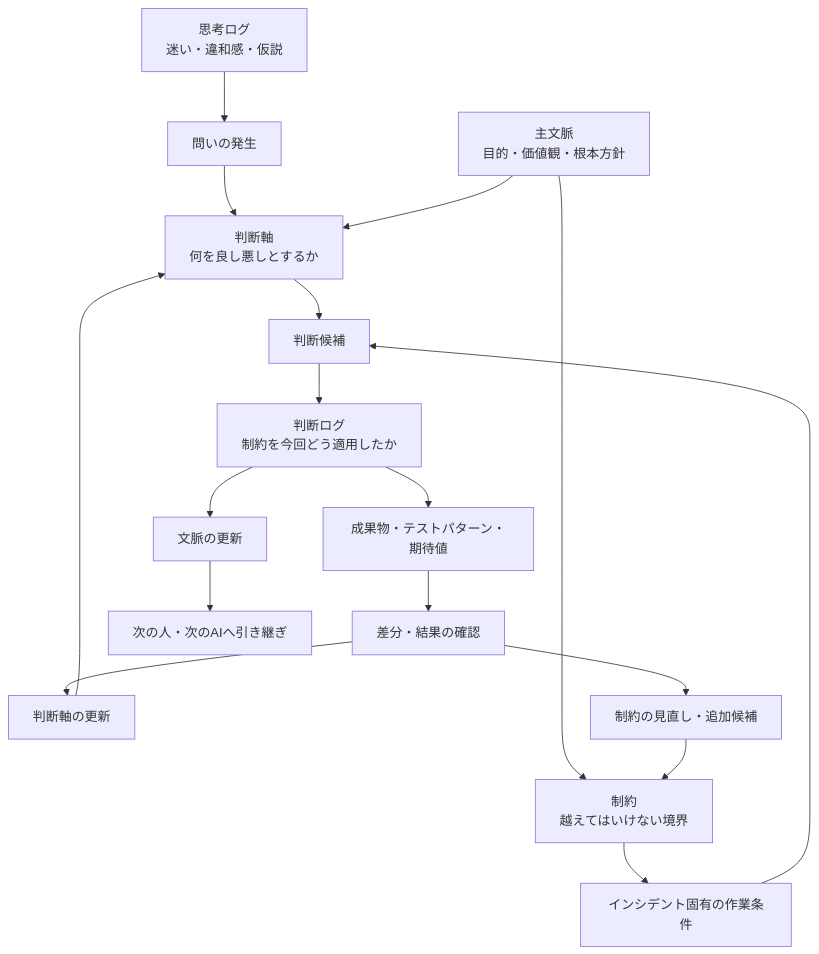
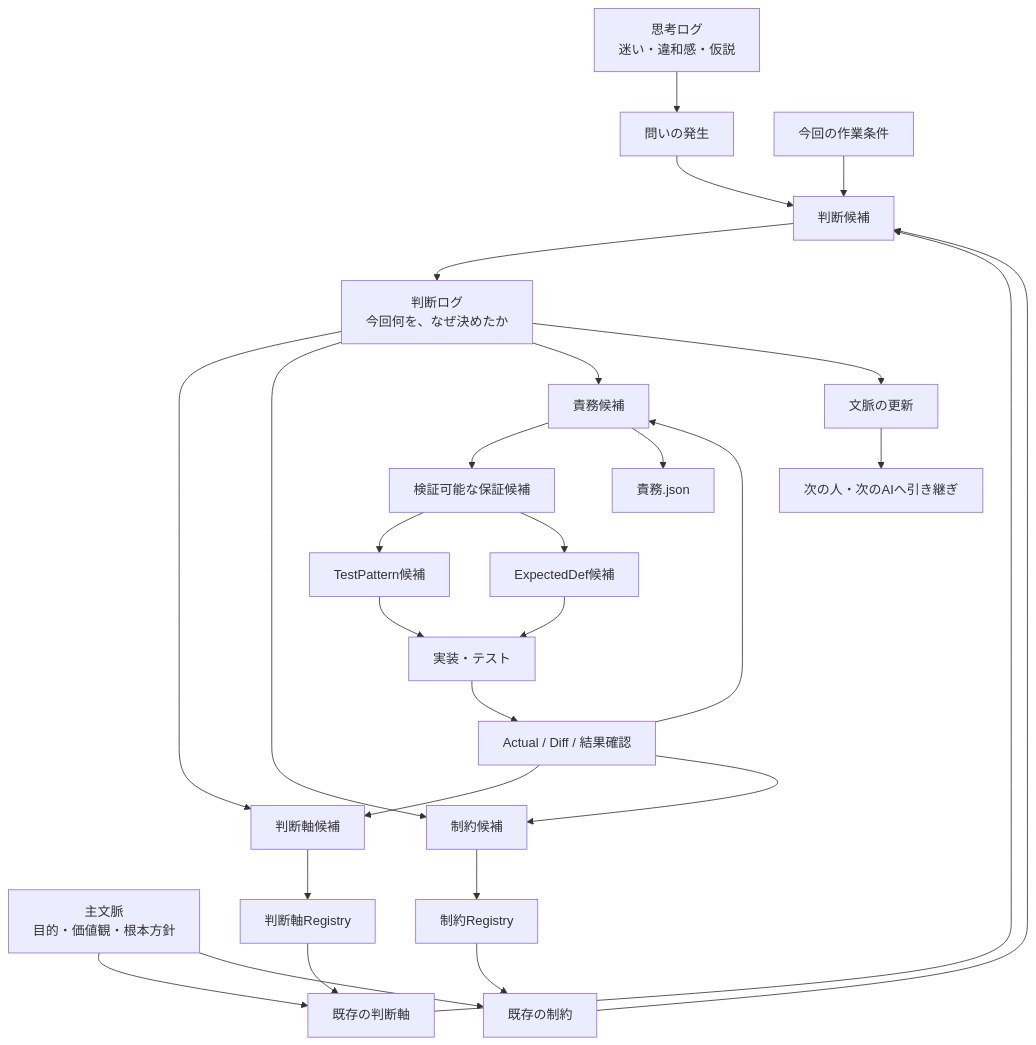
One commit to tamasub/FRB changed the fourth of 6 diagrams in FRB_Blog/Zenn_Blog_All_merged.md. Above: the diagram before and after it, drawn with Mermaid. The commit also changed other lines of this file and 2 other files, not shown here.

````diff
--- a/FRB_Blog/Zenn_Blog_All_merged.md
+++ b/FRB_Blog/Zenn_Blog_All_merged.md
@@ -3270,19 +3285,40 @@
 ```mermaid
 flowchart TD
     A[思考ログ<br/>迷い・違和感・仮説] --> B[問いの発生]
-    B --> C[判断軸<br/>何を良し悪しとするか]
-    D[主文脈<br/>目的・価値観・根本方針] --> C
-    D --> X[制約<br/>越えてはいけない境界]
-    C --> E[判断候補]
-    X --> W[インシデント固有の作業条件]
-    W --> E
-    E --> J[判断ログ<br/>制約を今回どう適用したか]
-    J --> Y[成果物・テストパターン・期待値]
-    Y --> F[差分・結果の確認]
-    F --> G[判断軸の更新]
-    G --> C
-    F --> K[制約の見直し・追加候補]
-    K --> X
-    J --> H[文脈の更新]
-    H --> I[次の人・次のAIへ引き継ぎ]
+
+    P[主文脈<br/>目的・価値観・根本方針] --> AX[既存の判断軸]
+    P --> CO[既存の制約]
+
+    B --> D[判断候補]
+    AX --> D
+    CO --> D
+    W[今回の作業条件] --> D
+
+    D --> JL[判断ログ<br/>今回何を、なぜ決めたか]
+
+    JL --> AC[判断軸候補]
+    JL --> CC[制約候補]
+    JL --> RC[責務候補]
+
+    RC --> VG[検証可能な保証候補]
+    VG --> TP[TestPattern候補]
+    VG --> ED[ExpectedDef候補]
+
+    TP --> IMPL[実装・テスト]
+    ED --> IMPL
+    IMPL --> RESULT[Actual / Diff / 結果確認]
+
+    RESULT --> AC
+    RESULT --> CC
+    RESULT --> RC
+
+    AC --> AXR[判断軸Registry]
+    CC --> COR[制約Registry]
+    RC --> RR[責務.json]
+
+    AXR --> AX
+    COR --> CO
+
+    JL --> CTX[文脈の更新]
+    CTX --> NEXT[次の人・次のAIへ引き継ぎ]
 ```
````
